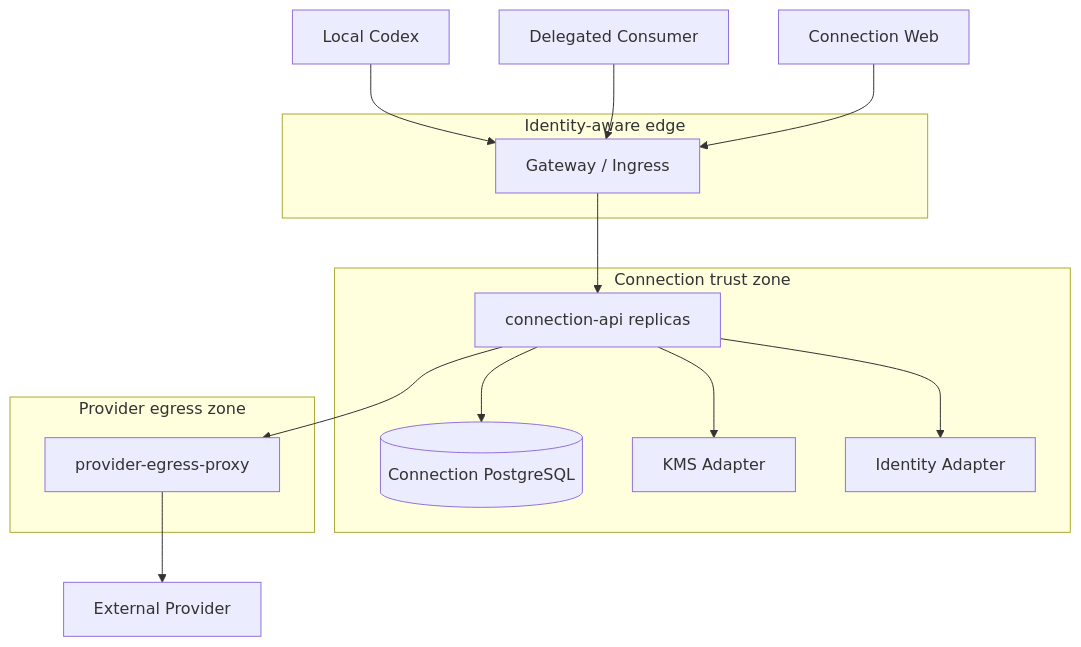
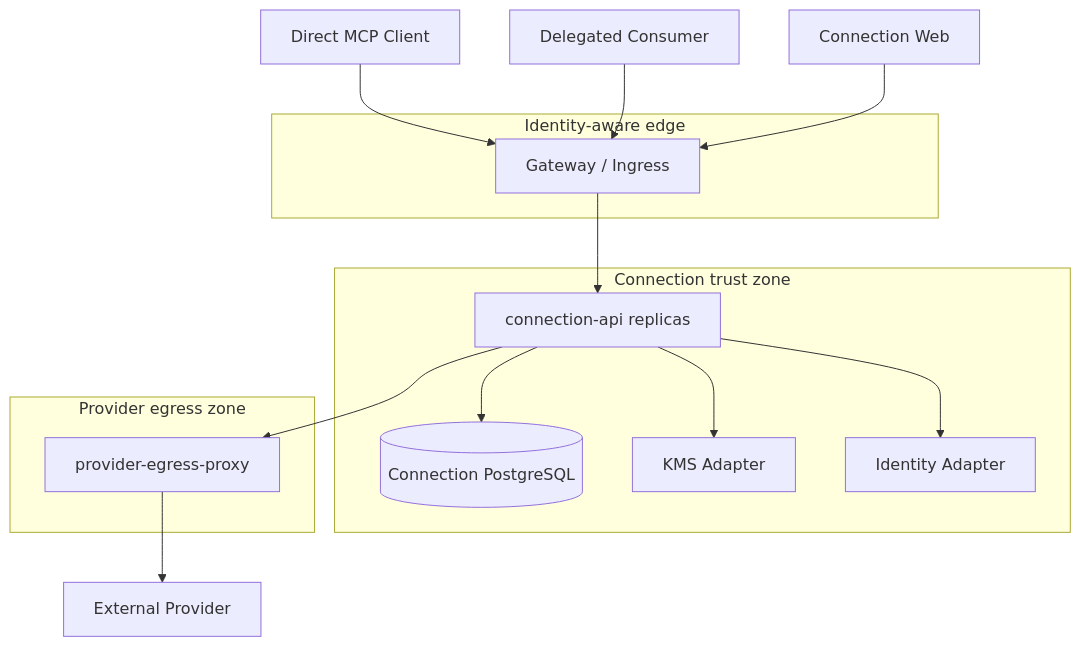
One commit to AgoraIO-Extensions/agent-infra changed the second of 9 diagrams in docs/architecture/HLD-connection-M1.md. Above: the diagram before and after it, drawn with Mermaid. The commit also changed other lines of this file and 2 other files, not shown here.

Commit message:
docs: generalize direct MCP consumers

````diff
--- a/docs/architecture/HLD-connection-M1.md
+++ b/docs/architecture/HLD-connection-M1.md
@@ -218,27 +218,27 @@
 ```mermaid
 flowchart TB
     subgraph Edge["Identity-aware edge"]
         GW["Gateway / Ingress"]
     end
 
     subgraph ConnectionZone["Connection trust zone"]
         API["connection-api replicas"]
         DB[("Connection PostgreSQL")]
         KMS["KMS Adapter"]
         ID["Identity Adapter"]
     end
 
     subgraph EgressZone["Provider egress zone"]
         Proxy["provider-egress-proxy"]
     end
 
-    Codex["Local Codex"] --> GW
+    Direct["Direct MCP Client"] --> GW
     Consumer["Delegated Consumer"] --> GW
     Browser["Connection Web"] --> GW
     GW --> API
     API --> DB
     API --> KMS
     API --> ID
     API --> Proxy
     Proxy --> Provider["External Provider"]
 ```
````
